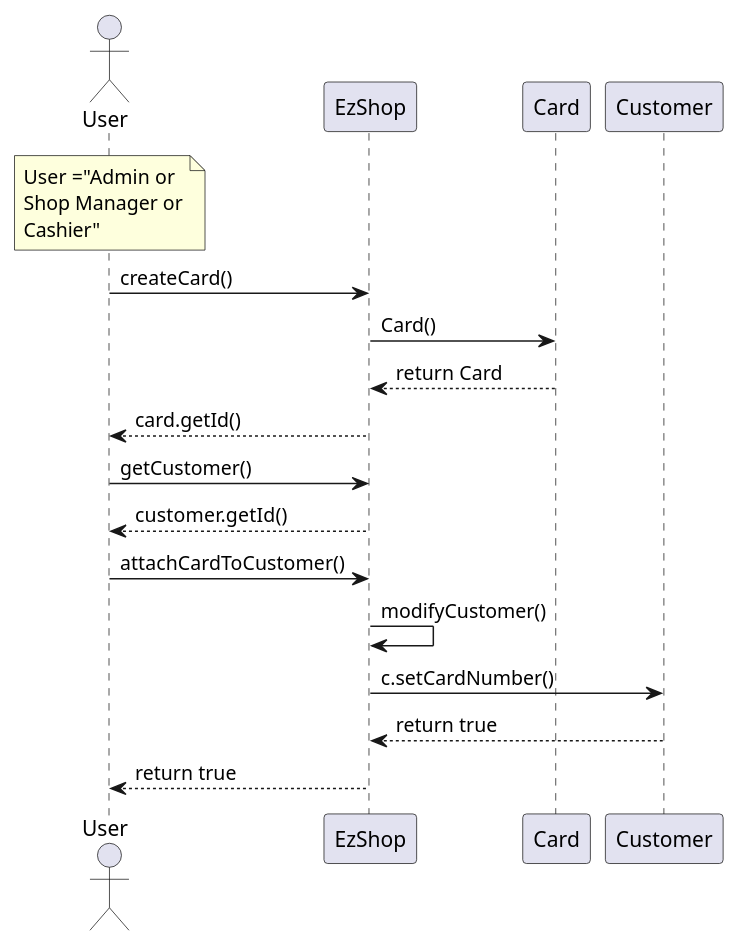
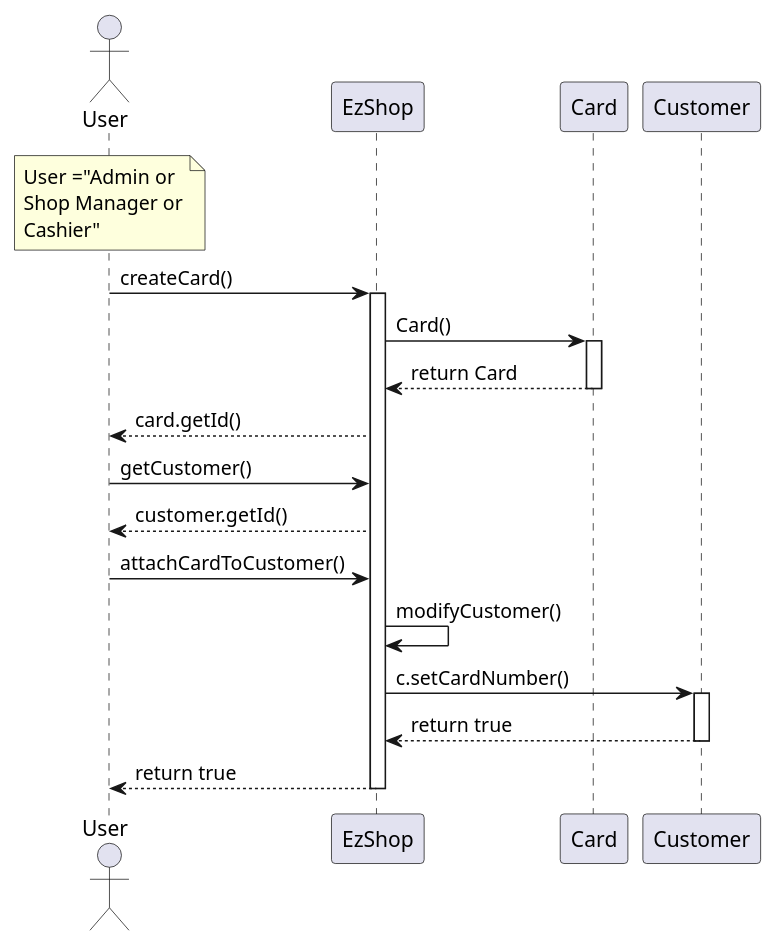
Before and after one commit to paocela/EzShop: diagram 14 of 30 in Deliverables/DesignDocument.md, drawn with PlantUML. The commit also changed other lines of this file, not shown here.

Commit message:
activate/deactivate added to sequence diagrams, typos fixed

````diff
--- a/Deliverables/DesignDocument.md
+++ b/Deliverables/DesignDocument.md
@@ -447,17 +476,23 @@
 ```plantuml
 
 actor User
 note over User: User ="Admin or\nShop Manager or\nCashier"
 User -> EzShop : createCard()
+activate EzShop
 EzShop -> Card : Card()
+activate Card
 EzShop <-- Card : return Card
+deactivate Card
 User <-- EzShop : card.getId()
 User -> EzShop : getCustomer()
 User <-- EzShop : customer.getId()
 User -> EzShop : attachCardToCustomer()
 EzShop -> EzShop : modifyCustomer()
 EzShop -> Customer : c.setCardNumber()
+activate Customer
 EzShop <-- Customer : return true
+deactivate Customer
 User <-- EzShop : return true
+deactivate EzShop
 
 ```
````
